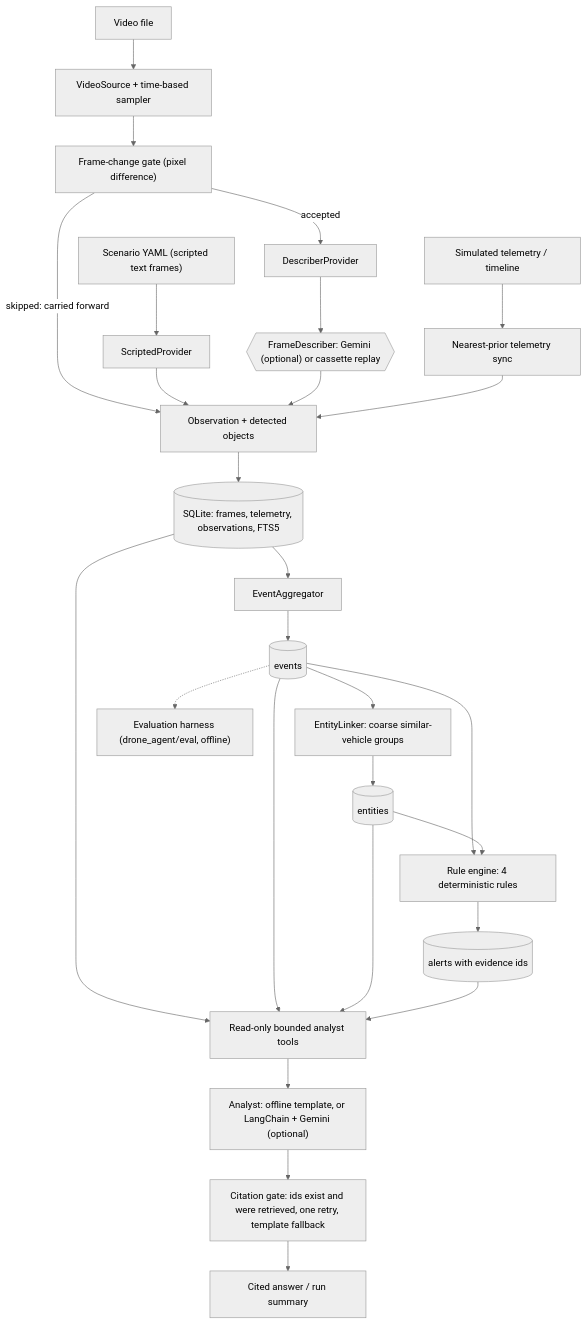
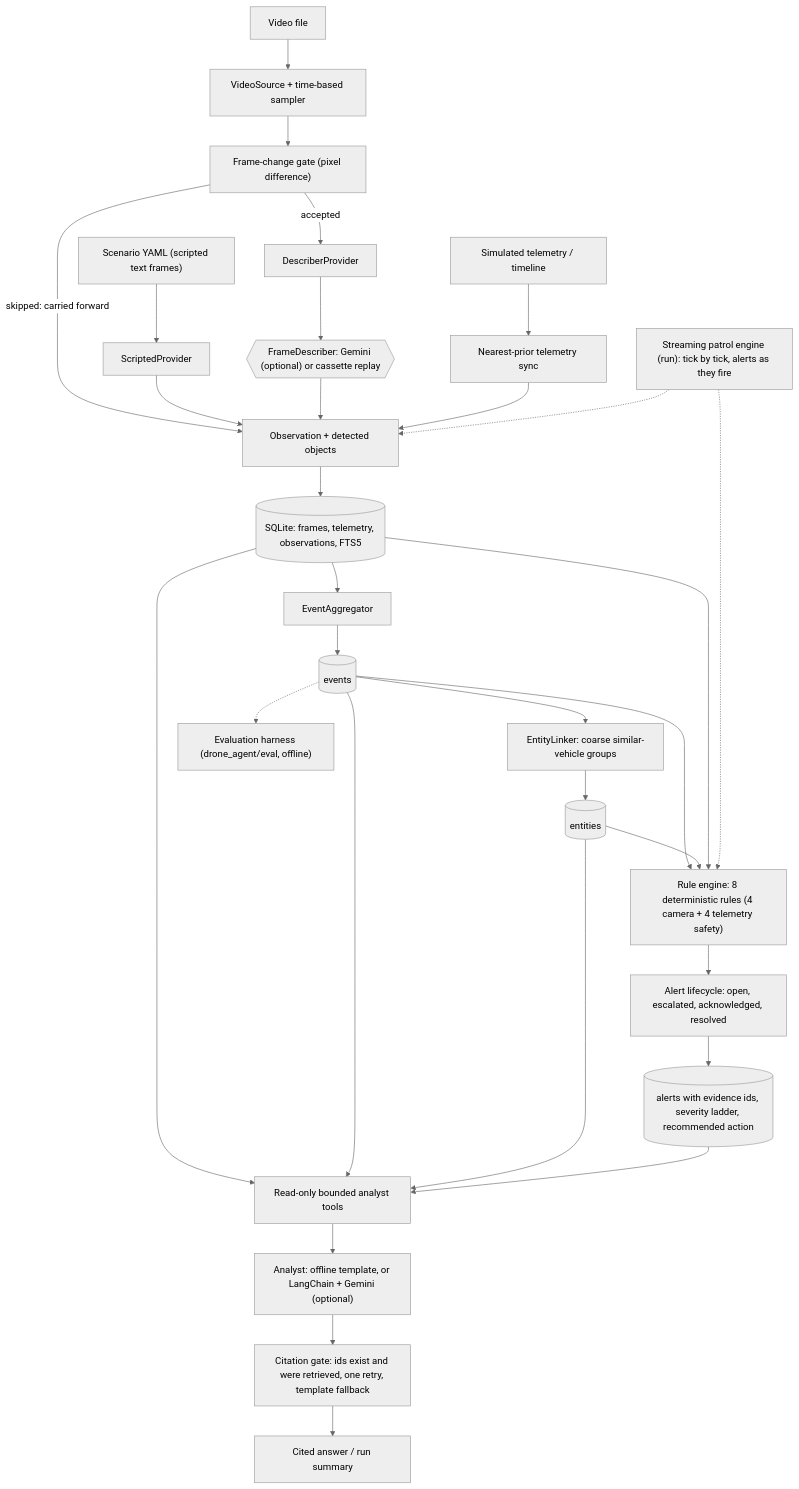
The diagram in docs/architecture.md (Abdulbasith0512/drone-security-agent), drawn with Mermaid (neutral theme) before and after one commit. The commit also changed other lines of this file and 14 other files, not shown here.

````diff
--- a/docs/architecture.md
+++ b/docs/architecture.md
@@ -10,29 +10,33 @@
 ```mermaid
 flowchart TD
     SC["Scenario YAML (scripted text frames)"] --> SP["ScriptedProvider"]
     VD["Video file"] --> VS["VideoSource + time-based sampler"]
     VS --> GT["Frame-change gate (pixel difference)"]
     GT -->|accepted| DP["DescriberProvider"]
     DP --> FD{{"FrameDescriber: Gemini (optional) or cassette replay"}}
     GT -->|"skipped: carried forward"| OB
     TL["Simulated telemetry / timeline"] --> SY["Nearest-prior telemetry sync"]
     SP --> OB["Observation + detected objects"]
     FD --> OB
     SY --> OB
     OB --> DB[("SQLite: frames, telemetry, observations, FTS5")]
     DB --> AG["EventAggregator"]
     AG --> EV[("events")]
     EV --> EL["EntityLinker: coarse similar-vehicle groups"]
     EL --> EN[("entities")]
-    EV --> RE["Rule engine: 4 deterministic rules"]
+    EV --> RE["Rule engine: 8 deterministic rules (4 camera + 4 telemetry safety)"]
     EN --> RE
-    RE --> AL[("alerts with evidence ids")]
+    DB --> RE
+    RE --> LC["Alert lifecycle: open, escalated, acknowledged, resolved"]
+    LC --> AL[("alerts with evidence ids, severity ladder, recommended action")]
+    RT["Streaming patrol engine (run): tick by tick, alerts as they fire"] -.-> OB
+    RT -.-> RE
     DB --> TO["Read-only bounded analyst tools"]
     EV --> TO
     EN --> TO
     AL --> TO
     TO --> AN["Analyst: offline template, or LangChain + Gemini (optional)"]
     AN --> CG["Citation gate: ids exist and were retrieved, one retry, template fallback"]
     CG --> ANS["Cited answer / run summary"]
     EV -.-> EVAL["Evaluation harness (drone_agent/eval, offline)"]
 ```
````
